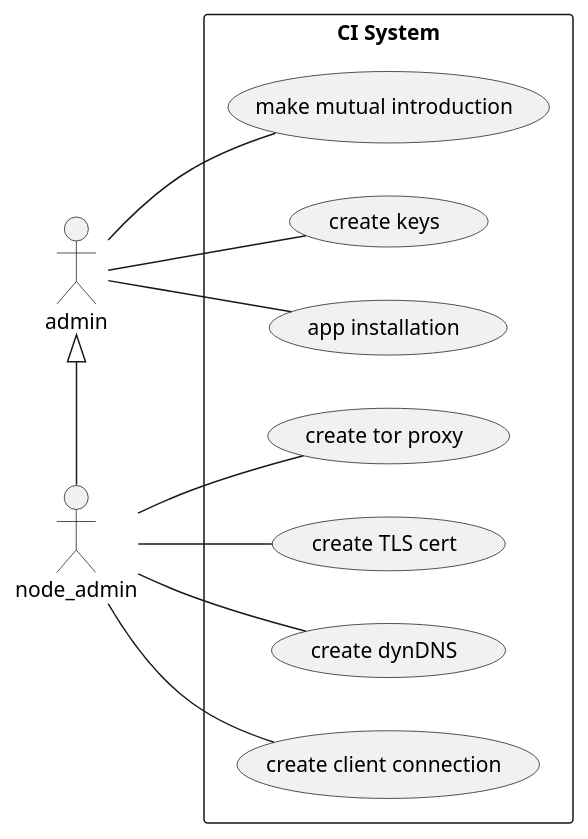
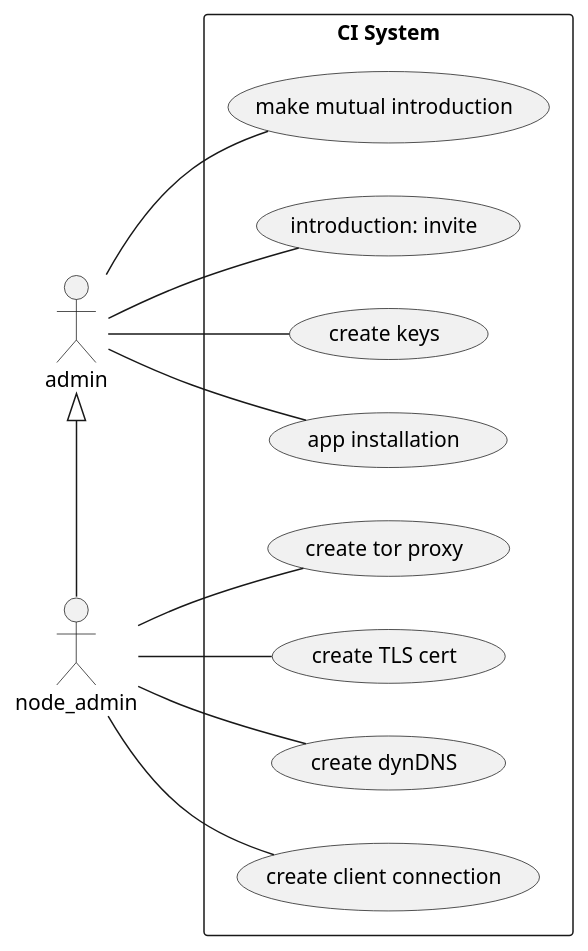
One commit to lainio/ic changed the first of 2 diagrams in README.md. Above: the diagram before and after it, drawn with PlantUML.

Commit message:
use case: invite added

````diff
--- a/README.md
+++ b/README.md
@@ -22,22 +22,23 @@
 ```plantuml
 @startuml
 left to right direction
 skinparam packageStyle rectangle
 
 actor admin
 actor node_admin
 
 rectangle "CI System" {
   admin -- (make mutual introduction)
+  admin -- (introduction: invite)
   admin -- (create keys)
   admin -- (app installation)
 
   node_admin -- (create tor proxy)
   node_admin -- (create TLS cert)
   node_admin -- (create dynDNS)
   node_admin -- (create client connection)
 }
 
 admin <|- node_admin
 @enduml
 ```
````
